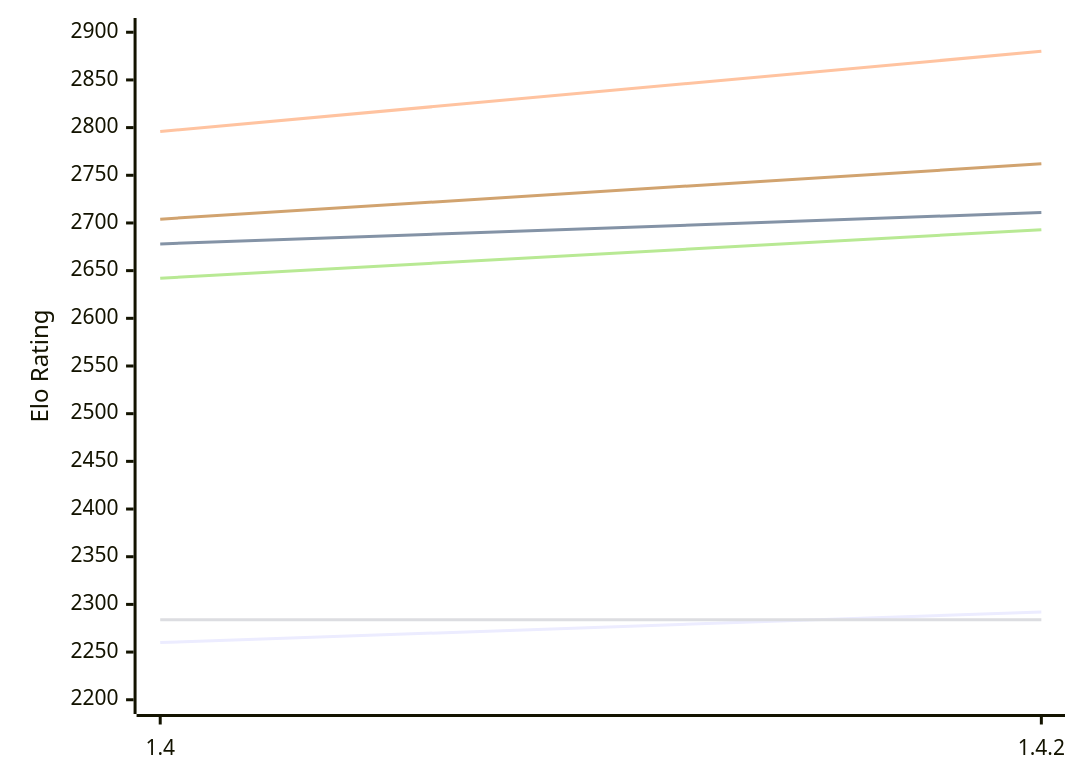
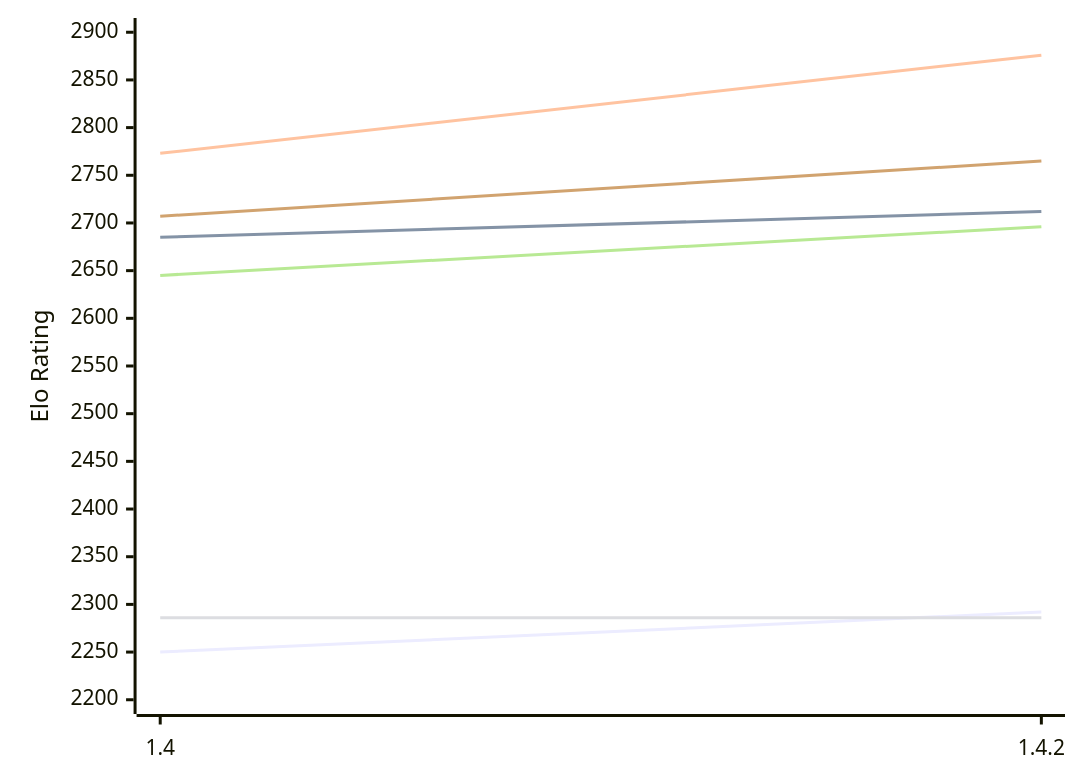
Before and after one commit to computer-chess-index/cci: the first of 2 diagrams in engines/Spike.md, drawn with Mermaid. The commit also changed other lines of this file, not shown here.

Commit message:
Update CCI Ratings (ELO VLTC) - 2026-11-24

````diff
--- a/engines/Spike.md
+++ b/engines/Spike.md
@@ -50,12 +50,12 @@
 ```mermaid
 %%{init: {"theme":"base","themeVariables":{"seriesColors:['#a3a3a3','#222221','#faa371']}}}%%
 xychart-beta
   x-axis ["1.4", "1.4.2"]
   y-axis "Elo Rating" 2200 --> 2900
-  line "E1: STC (8.0+0.08s)" [2260, 2292]
-  line "E1: LTC (60.0+0.60s)" [2678, 2711]
-  line "E1: VLTC (2m24s+1.12s)" [2796, 2880]
-  line "P1: STC (8.0+0.08s)" [2284, 2284]
-  line "P1: LTC (60.0+0.60s)" [2642, 2693]
-  line "P1: VLTC (2m24s+1.12s)" [2704, 2762]
+  line "E1: STC (8.0+0.08s)" [2250, 2292]
+  line "E1: LTC (60.0+0.60s)" [2685, 2712]
+  line "E1: VLTC (2m24s+1.12s)" [2773, 2876]
+  line "P1: STC (8.0+0.08s)" [2286, 2286]
+  line "P1: LTC (60.0+0.60s)" [2645, 2696]
+  line "P1: VLTC (2m24s+1.12s)" [2707, 2765]
 ```
````
